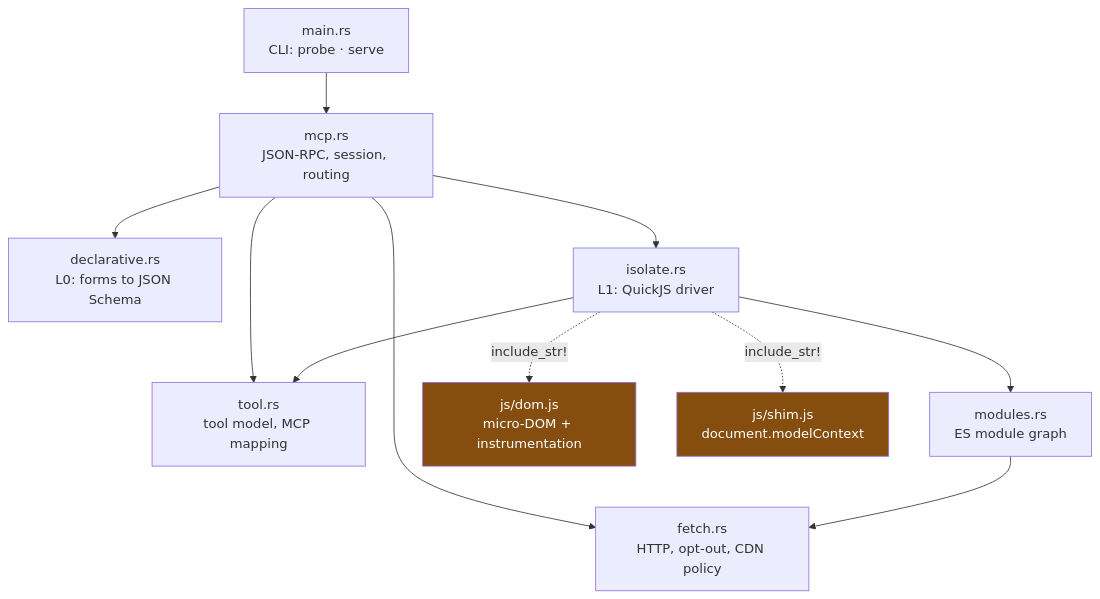
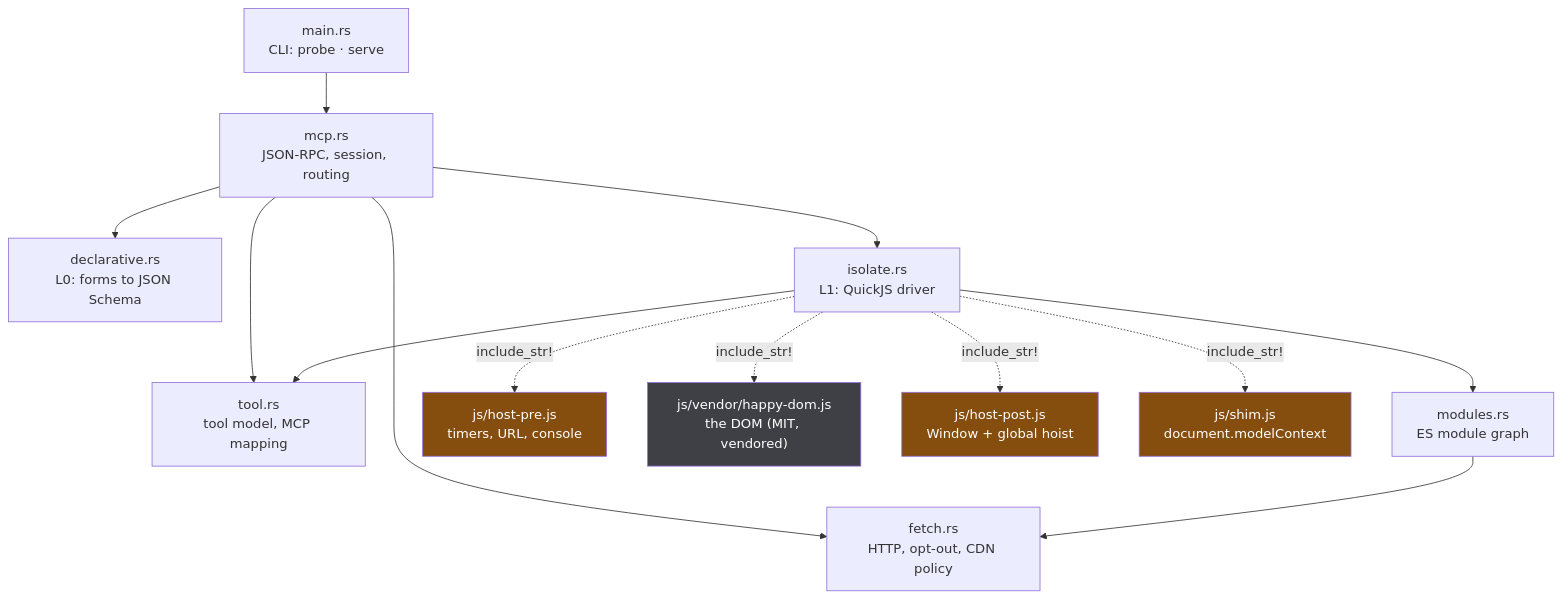
The seventh of 7 diagrams in docs/ARCHITECTURE.md (Dhananjay-JSR/webmcp-conduit), drawn with Mermaid before and after one commit. The commit also changed other lines of this file and 13 other files, not shown here.

````diff
--- a/docs/ARCHITECTURE.md
+++ b/docs/ARCHITECTURE.md
@@ -248,22 +250,28 @@
 ```mermaid
 flowchart TD
     main["main.rs<br/>CLI: probe · serve"]
     mcp["mcp.rs<br/>JSON-RPC, session, routing"]
     tool["tool.rs<br/>tool model, MCP mapping"]
     dec["declarative.rs<br/>L0: forms to JSON Schema"]
     iso["isolate.rs<br/>L1: QuickJS driver"]
     mod_["modules.rs<br/>ES module graph"]
     fetch["fetch.rs<br/>HTTP, opt-out, CDN policy"]
-    dom["js/dom.js<br/>micro-DOM + instrumentation"]
+    pre["js/host-pre.js<br/>timers, URL, console"]
+    happy["js/vendor/happy-dom.js<br/>the DOM (MIT, vendored)"]
+    post["js/host-post.js<br/>Window + global hoist"]
     shim["js/shim.js<br/>document.modelContext"]
 
     main --> mcp
     mcp --> dec & iso & tool & fetch
     iso --> mod_ & tool
-    iso -.->|include_str!| dom
+    iso -.->|include_str!| pre
+    iso -.->|include_str!| happy
+    iso -.->|include_str!| post
     iso -.->|include_str!| shim
     mod_ --> fetch
 
-    style dom fill:#854d0e,color:#fff
+    style pre fill:#854d0e,color:#fff
+    style post fill:#854d0e,color:#fff
     style shim fill:#854d0e,color:#fff
+    style happy fill:#3f3f46,color:#fff
 ```
````
